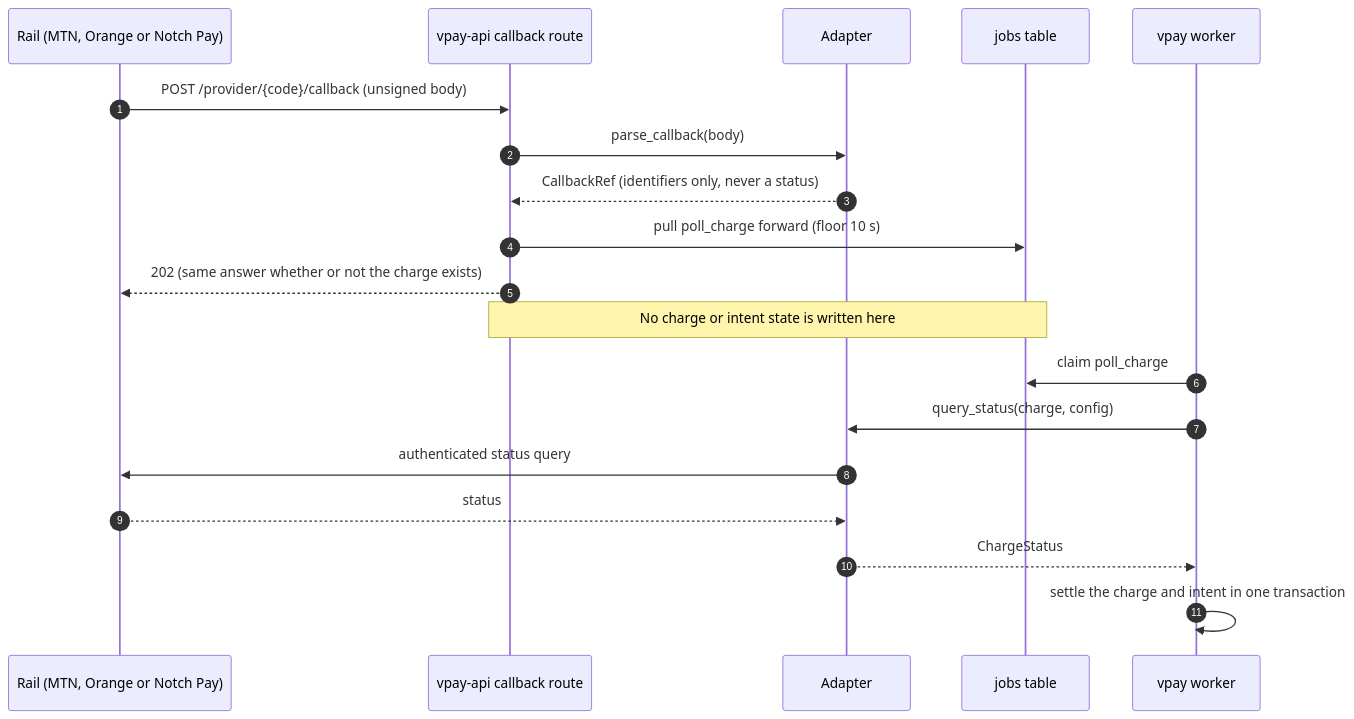
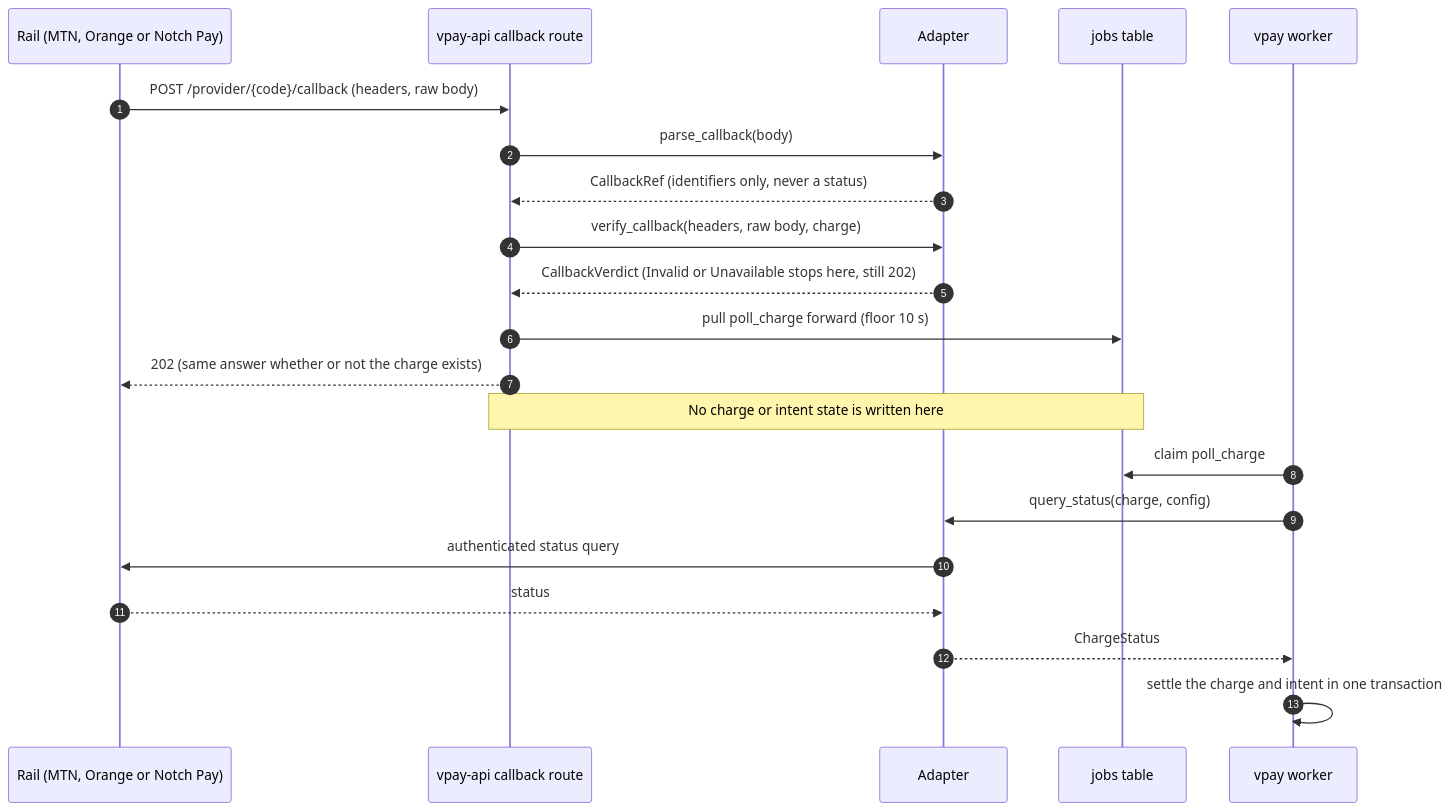
Before and after one commit to vaam-apps/vpay-docs: the third of 3 diagrams in docs/rails/provider-port.md, drawn with Mermaid. The commit also changed other lines of this file and 21 other files, not shown here.

````diff
--- a/docs/rails/provider-port.md
+++ b/docs/rails/provider-port.md
@@ -227,21 +273,23 @@
 ```mermaid
 sequenceDiagram
     autonumber
     participant Rail as Rail (MTN, Orange or Notch Pay)
     participant CB as vpay-api callback route
     participant Ad as Adapter
     participant Jobs as jobs table
     participant W as vpay worker
-    Rail->>CB: POST /provider/{code}/callback (unsigned body)
+    Rail->>CB: POST /provider/{code}/callback (headers, raw body)
     CB->>Ad: parse_callback(body)
     Ad-->>CB: CallbackRef (identifiers only, never a status)
+    CB->>Ad: verify_callback(headers, raw body, charge)
+    Ad-->>CB: CallbackVerdict (Invalid or Unavailable stops here, still 202)
     CB->>Jobs: pull poll_charge forward (floor 10 s)
     CB-->>Rail: 202 (same answer whether or not the charge exists)
     Note over CB,Jobs: No charge or intent state is written here
     W->>Jobs: claim poll_charge
     W->>Ad: query_status(charge, config)
     Ad->>Rail: authenticated status query
     Rail-->>Ad: status
     Ad-->>W: ChargeStatus
     W->>W: settle the charge and intent in one transaction
 ```
````
